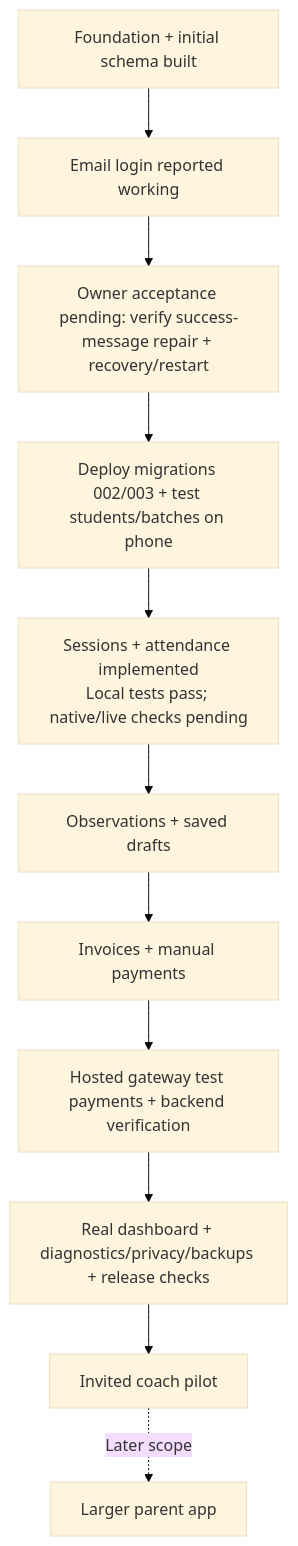
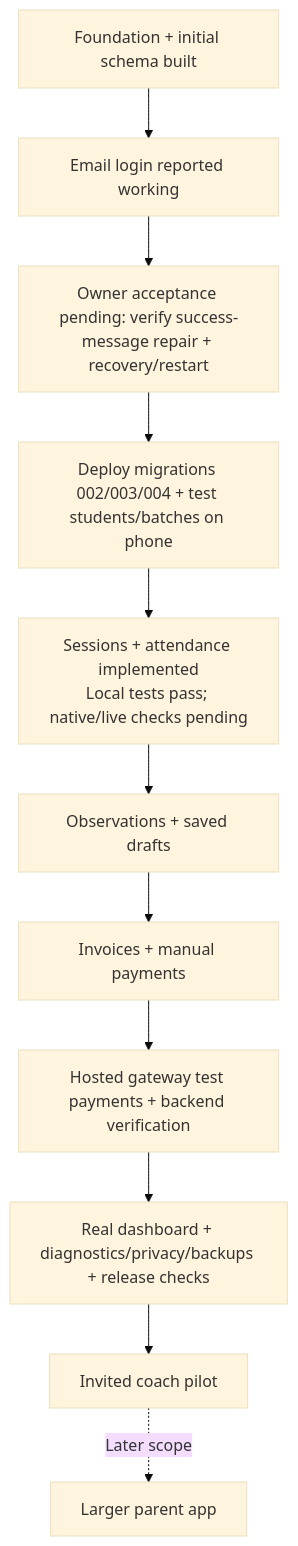
Before and after one commit to appsworld2027/Parent-plus-: the diagram in PROGRESS.md, drawn with Mermaid (base theme). The commit also changed other lines of this file and 19 other files, not shown here.

````diff
--- a/PROGRESS.md
+++ b/PROGRESS.md
@@ -31,13 +31,13 @@
 ```mermaid
 flowchart TD
   A["Foundation + initial schema built"] --> B["Email login reported working"]
   B --> C["Owner acceptance pending: verify success-message repair + recovery/restart"]
-  C --> D["Deploy migrations 002/003 + test students/batches on phone"]
+  C --> D["Deploy migrations 002/003/004 + test students/batches on phone"]
   D --> E["Sessions + attendance implemented<br/>Local tests pass; native/live checks pending"]
   E --> F["Observations + saved drafts"]
   F --> G["Invoices + manual payments"]
   G --> H["Hosted gateway test payments + backend verification"]
   H --> I["Real dashboard + diagnostics/privacy/backups + release checks"]
   I --> J["Invited coach pilot"]
   J -. "Later scope" .-> K["Larger parent app"]
 ```
````
